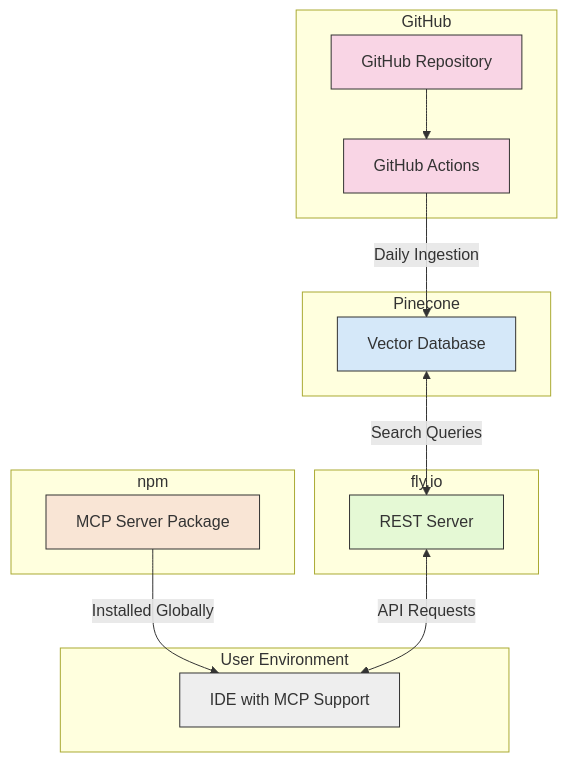
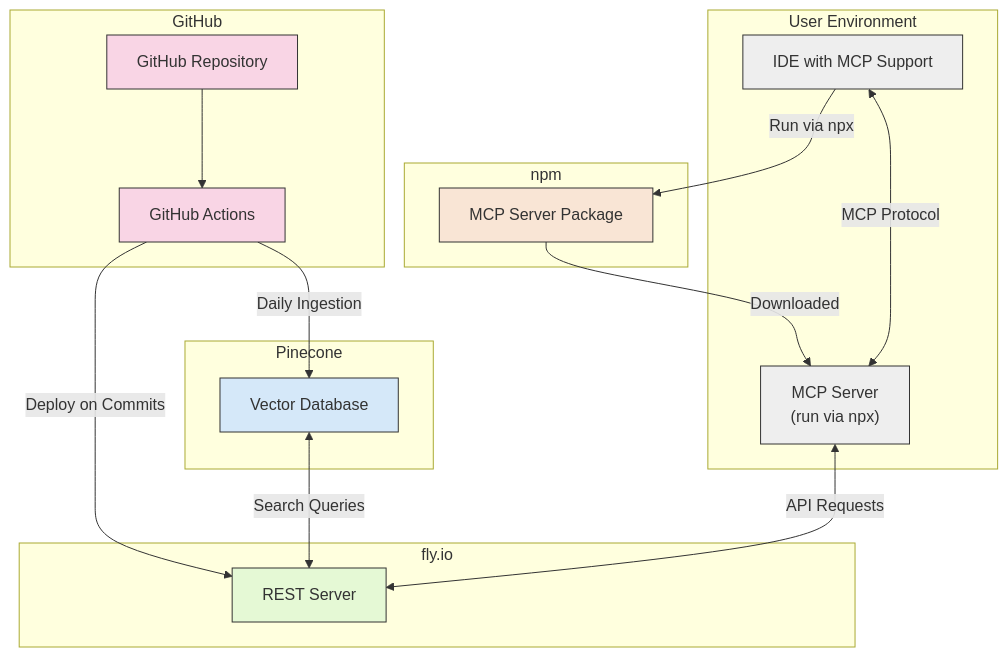
One commit to vaadin/vaadin-mcp changed the second of 2 diagrams in README.md. Above: the diagram before and after it, drawn with Mermaid. The commit also changed 1 other file, not shown here.

Commit message:
update diagram in readme, remove test file

````diff
--- a/README.md
+++ b/README.md
@@ -143,41 +143,45 @@
 ```mermaid
 flowchart TD
     subgraph "GitHub"
         GHRepo["GitHub Repository"]
         GHActions["GitHub Actions"]
     end
     
     subgraph "Pinecone"
         VectorDB["Vector Database"]
     end
     
     subgraph "fly.io"
         RestServer["REST Server"]
     end
     
     subgraph "npm"
         NpmPackage["MCP Server Package"]
     end
     
     subgraph "User Environment"
         IDE["IDE with MCP Support"]
+        MCPServer["MCP Server\n(run via npx)"]
     end
     
     GHRepo --> GHActions
     GHActions -->|Daily Ingestion| VectorDB
+    GHActions -->|Deploy on Commits| RestServer
     VectorDB <-->|Search Queries| RestServer
-    NpmPackage -->|Installed Globally| IDE
-    RestServer <-->|API Requests| IDE
+    IDE -->|Run via npx| NpmPackage
+    NpmPackage -->|Downloaded| MCPServer
+    IDE <-->|MCP Protocol| MCPServer
+    MCPServer <-->|API Requests| RestServer
     
     classDef github fill:#f9d5e5,stroke:#333,stroke-width:1px;
     classDef pinecone fill:#d5e8f9,stroke:#333,stroke-width:1px;
     classDef flyio fill:#e5f9d5,stroke:#333,stroke-width:1px;
     classDef npm fill:#f9e5d5,stroke:#333,stroke-width:1px;
     classDef user fill:#eeeeee,stroke:#333,stroke-width:1px;
     
     class GHRepo,GHActions github;
     class VectorDB pinecone;
     class RestServer flyio;
     class NpmPackage npm;
-    class IDE user;
+    class IDE,MCPServer user;
 ```
````
